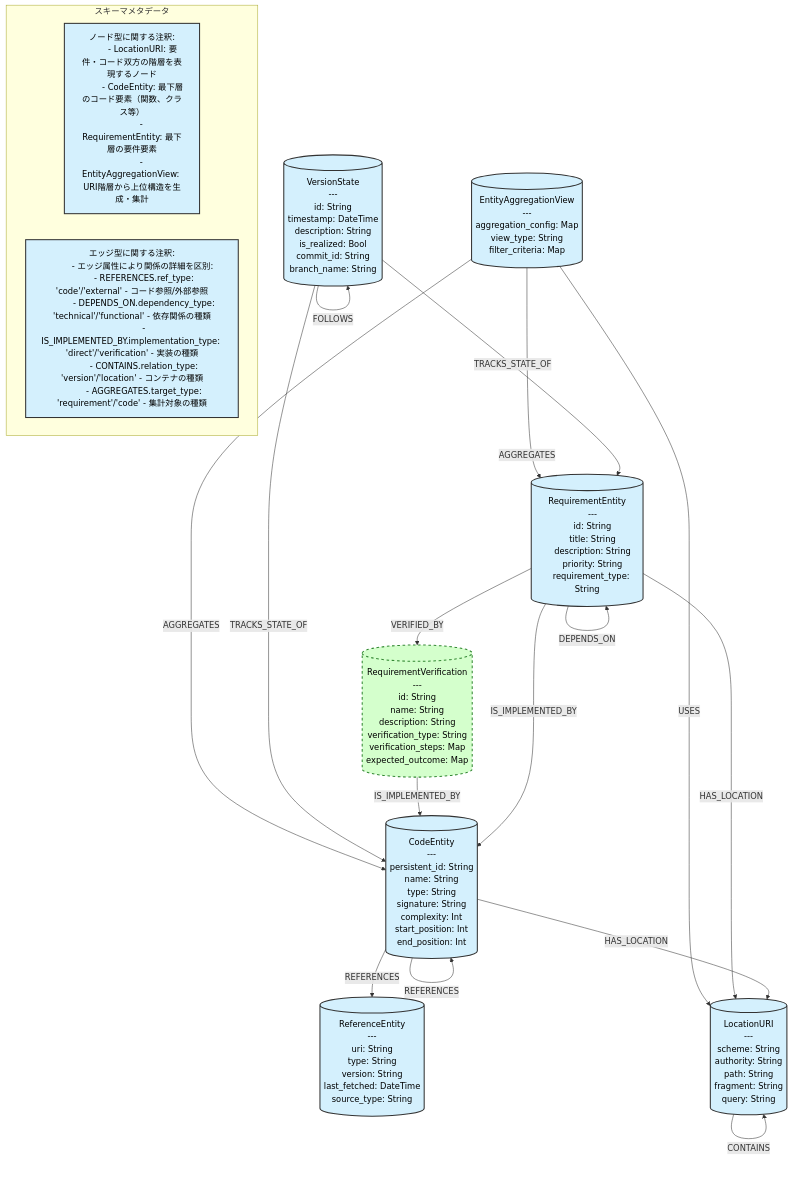
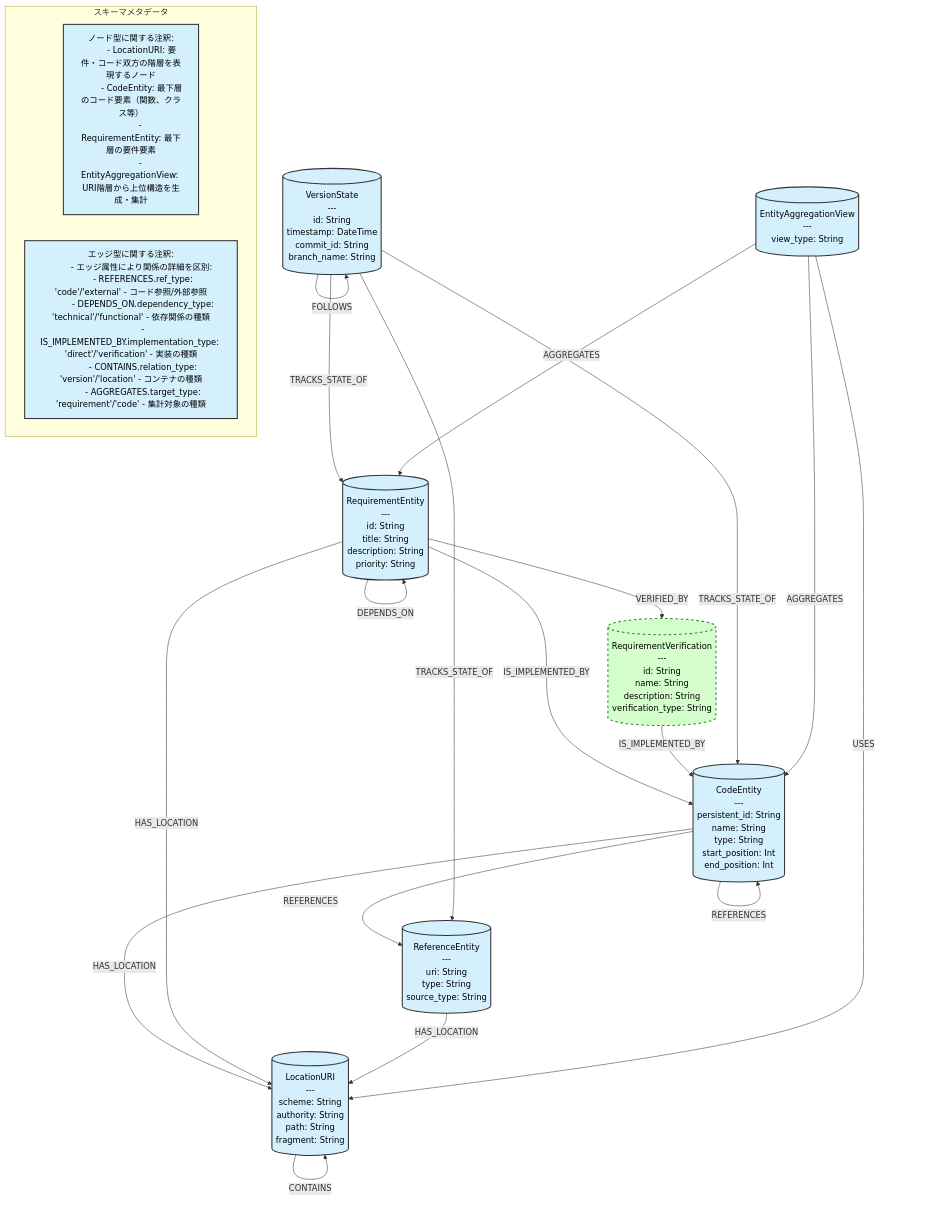
One commit to PorcoRosso85/home changed the diagram in bin/src/kuzu/docs/階層型トレーサビリティモデル_スキーマ図.md. Above: the diagram before and after it, drawn with Mermaid. The commit also changed other lines of this file, not shown here.

Commit message:
kuzu, query, docs, trace

```diff
--- a/bin/src/kuzu/docs/階層型トレーサビリティモデル_スキーマ図.md
+++ b/bin/src/kuzu/docs/階層型トレーサビリティモデル_スキーマ図.md
@@ -10,8 +10,6 @@
     persistent_id: String
     name: String
     type: String
-    signature: String
-    complexity: Int
     start_position: Int
     end_position: Int")]
     
@@ -20,23 +18,19 @@
     id: String
     title: String
     description: String
-    priority: String
-    requirement_type: String")]
+    priority: String")]
     
     LocationURI[("LocationURI
     ---
     scheme: String
     authority: String
     path: String
-    fragment: String
-    query: String")]
+    fragment: String")]
     
     VersionState[("VersionState
     ---
     id: String
     timestamp: DateTime
-    description: String
-    is_realized: Bool
     commit_id: String
     branch_name: String")]
     
@@ -44,8 +38,6 @@
     ---
     uri: String
     type: String
-    version: String
-    last_fetched: DateTime
     source_type: String")]
     
     %% フェーズ0追加ノード
@@ -54,16 +46,12 @@
     id: String
     name: String
     description: String
-    verification_type: String
-    verification_steps: Map
-    expected_outcome: Map")]
+    verification_type: String")]
     
     %% EntityAggregationViewノード
     EntityAggregationView[("EntityAggregationView
     ---
-    aggregation_config: Map
-    view_type: String
-    filter_criteria: Map")]
+    view_type: String")]
     
     %% エッジの定義
     %% 基本的な関係
@@ -83,10 +71,14 @@
     RequirementEntity -->|VERIFIED_BY| RequirementVerification
     RequirementVerification -->|IS_IMPLEMENTED_BY| CodeEntity
     
+    %% 新たに追加した関係
+    ReferenceEntity -->|HAS_LOCATION| LocationURI
+    
     %% バージョン関連の関係
     VersionState -->|FOLLOWS| VersionState
     VersionState -->|TRACKS_STATE_OF| CodeEntity
     VersionState -->|TRACKS_STATE_OF| RequirementEntity
+    VersionState -->|TRACKS_STATE_OF| ReferenceEntity
     
     %% LocationURI間の階層関係 - 要件とコードの階層構造を一元管理
     LocationURI -->|CONTAINS| LocationURI
```
